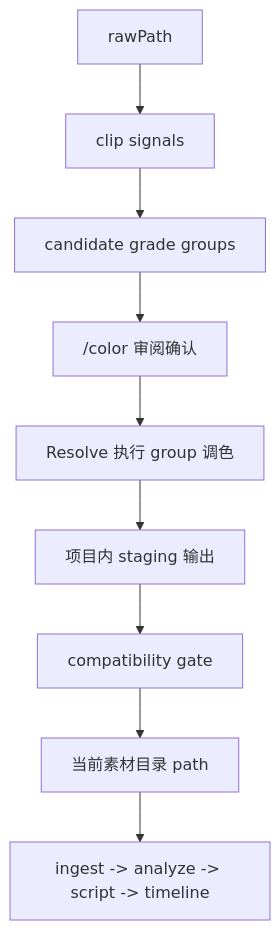
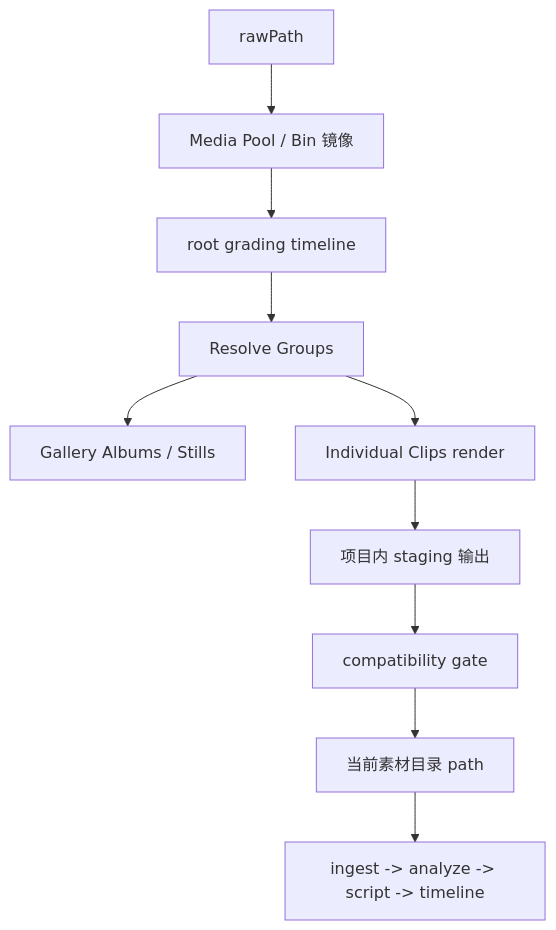
Before and after one commit to dtysky/Kairos: the diagram in designs/archive/2026-04-17--davinci-color-independent-workflow-v1.md, drawn with Mermaid. The commit also changed other lines of this file, not shown here.

Commit message:
docs: align DaVinci color design with Resolve primitives

````diff
--- a/designs/archive/2026-04-17--davinci-color-independent-workflow-v1.md
+++ b/designs/archive/2026-04-17--davinci-color-independent-workflow-v1.md
@@ -205,21 +354,23 @@
 ```mermaid
 flowchart TD
   raw["rawPath"]
-  signals["clip signals"]
-  groups["candidate grade groups"]
-  review["/color 审阅确认"]
-  resolve["Resolve 执行 group 调色"]
+  bins["Media Pool / Bin 镜像"]
+  timeline["root grading timeline"]
+  groups["Resolve Groups"]
+  gallery["Gallery Albums / Stills"]
+  render["Individual Clips render"]
   staging["项目内 staging 输出"]
   gate["compatibility gate"]
   current["当前素材目录 path"]
   main["ingest -> analyze -> script -> timeline"]
 
-  raw --> signals
-  signals --> groups
-  groups --> review
-  review --> resolve
-  resolve --> staging
+  raw --> bins
+  bins --> timeline
+  timeline --> groups
+  groups --> gallery
+  groups --> render
+  render --> staging
   staging --> gate
   gate --> current
   current --> main
 ```
````
